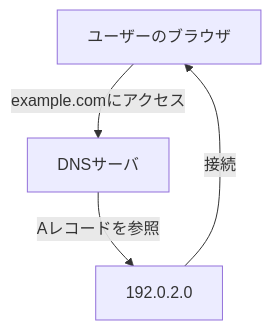
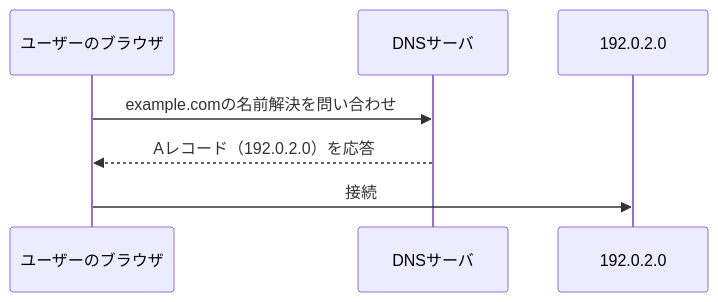
Before and after one commit to st-man-hori/my-knowledge: the first of 5 diagrams in content/network/dns-record-types.md, drawn with Mermaid. The commit also changed other lines of this file, not shown here.

Commit message:
feat: DNSレコードタイプの説明を追加し、シーケンス図を更新

````diff
--- a/content/network/dns-record-types.md
+++ b/content/network/dns-record-types.md
@@ -16,6 +18,8 @@
 ```mermaid
-graph TD
-    A[ユーザーのブラウザ] -->|example.comにアクセス| B[DNSサーバ]
-    B -->|Aレコードを参照| C[192.0.2.0]
-    C -->|接続| A
+sequenceDiagram
+    participant User as ユーザーのブラウザ
+    participant DNS as DNSサーバ
+    User->>DNS: example.comの名前解決を問い合わせ
+    DNS-->>User: Aレコード（192.0.2.0）を応答
+    User->>192.0.2.0: 接続
 ```
````
